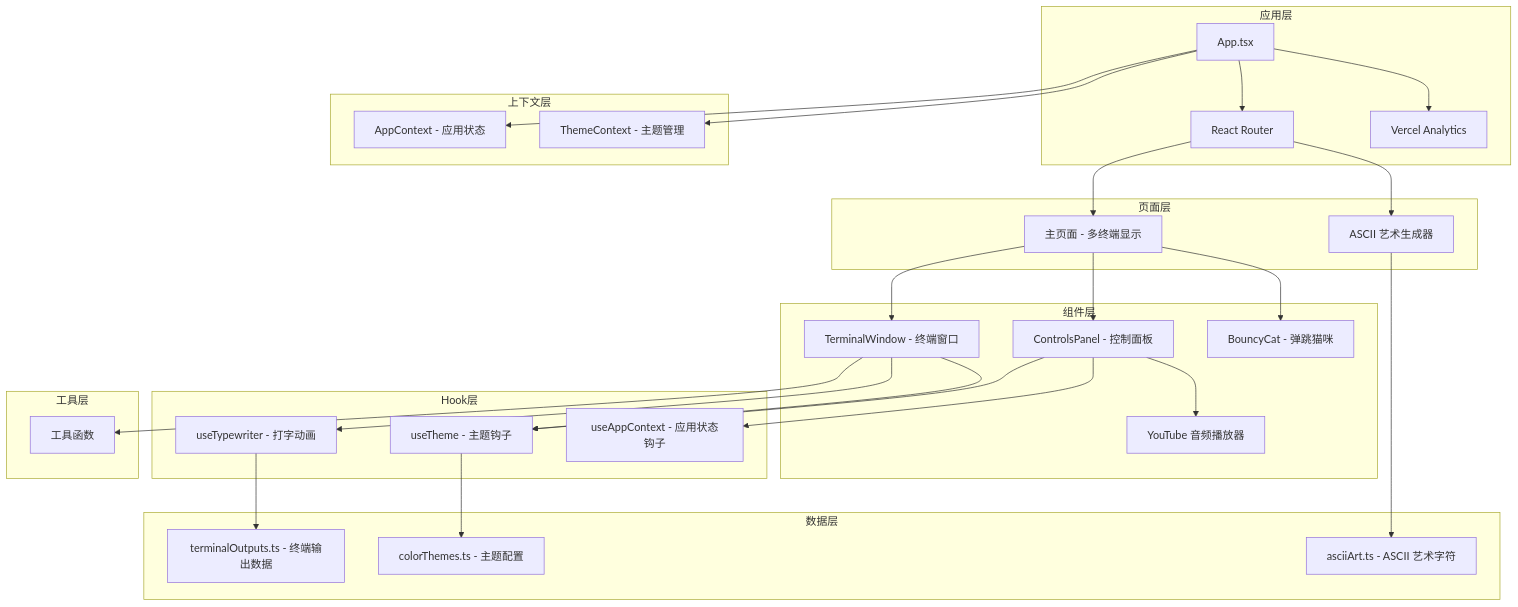
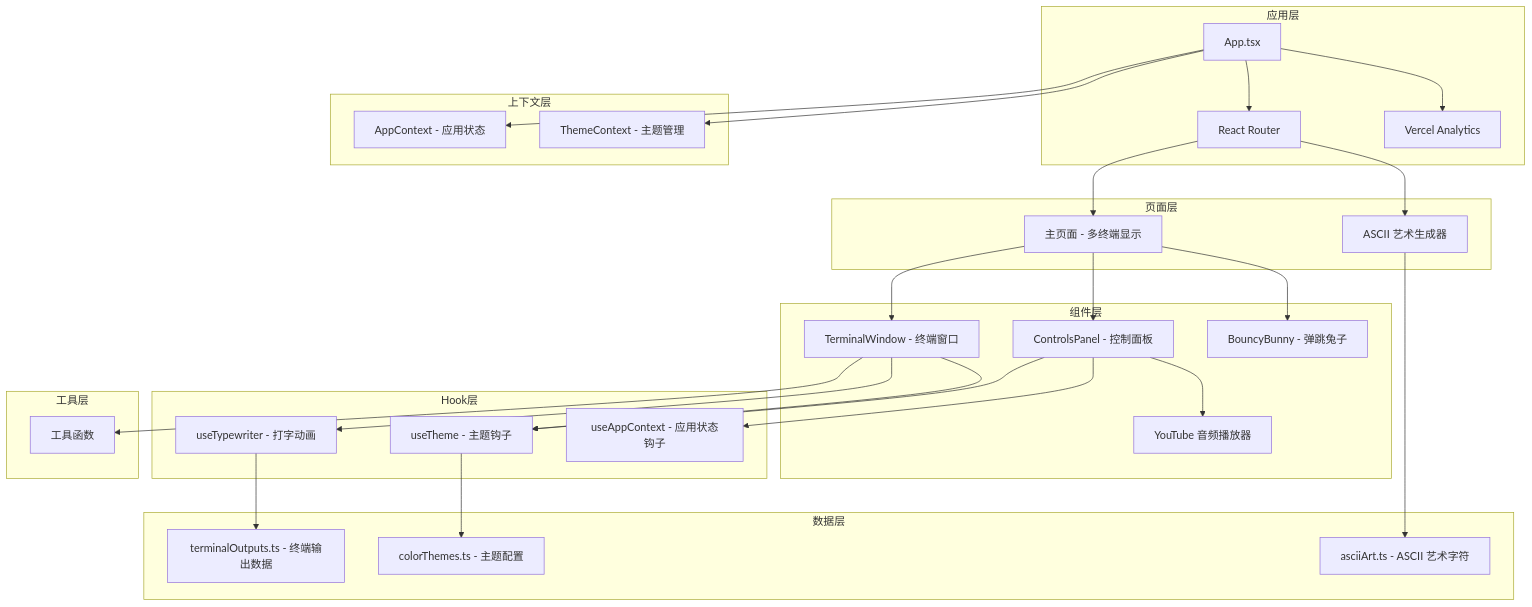
One commit to nicekate/MultiTerminalCodeViz changed the first of 3 diagrams in README.md. Above: the diagram before and after it, drawn with Mermaid. The commit also changed other lines of this file and 3 other files, not shown here.

First line of the commit message:
feat: replace cat animation with bunny animation

````diff
--- a/README.md
+++ b/README.md
@@ -77,67 +77,67 @@
 ```mermaid
 graph TB
     subgraph "应用层"
         App[App.tsx]
         Router[React Router]
         Analytics[Vercel Analytics]
     end
 
     subgraph "上下文层"
         AppContext[AppContext - 应用状态]
         ThemeContext[ThemeContext - 主题管理]
     end
 
     subgraph "页面层"
         MainPage[主页面 - 多终端显示]
         AsciiTyper[ASCII 艺术生成器]
     end
 
     subgraph "组件层"
         TerminalWindow[TerminalWindow - 终端窗口]
         ControlsPanel[ControlsPanel - 控制面板]
-        BouncyCat[BouncyCat - 弹跳猫咪]
+        BouncyBunny[BouncyBunny - 弹跳兔子]
         YouTubePlayer[YouTube 音频播放器]
     end
 
     subgraph "Hook层"
         useTypewriter[useTypewriter - 打字动画]
         useTheme[useTheme - 主题钩子]
         useAppContext[useAppContext - 应用状态钩子]
     end
 
     subgraph "数据层"
         TerminalOutputs[terminalOutputs.ts - 终端输出数据]
         ColorThemes[colorThemes.ts - 主题配置]
         AsciiArt[asciiArt.ts - ASCII 艺术字符]
     end
 
     subgraph "工具层"
         Utils[工具函数]
     end
 
     App --> Router
     App --> Analytics
     App --> AppContext
     App --> ThemeContext
 
     Router --> MainPage
     Router --> AsciiTyper
 
     MainPage --> TerminalWindow
     MainPage --> ControlsPanel
-    MainPage --> BouncyCat
+    MainPage --> BouncyBunny
 
     ControlsPanel --> YouTubePlayer
 
     TerminalWindow --> useTypewriter
     TerminalWindow --> useTheme
 
     ControlsPanel --> useAppContext
     ControlsPanel --> useTheme
 
     useTypewriter --> TerminalOutputs
     useTheme --> ColorThemes
     AsciiTyper --> AsciiArt
 
     TerminalWindow --> Utils
 ```
````
